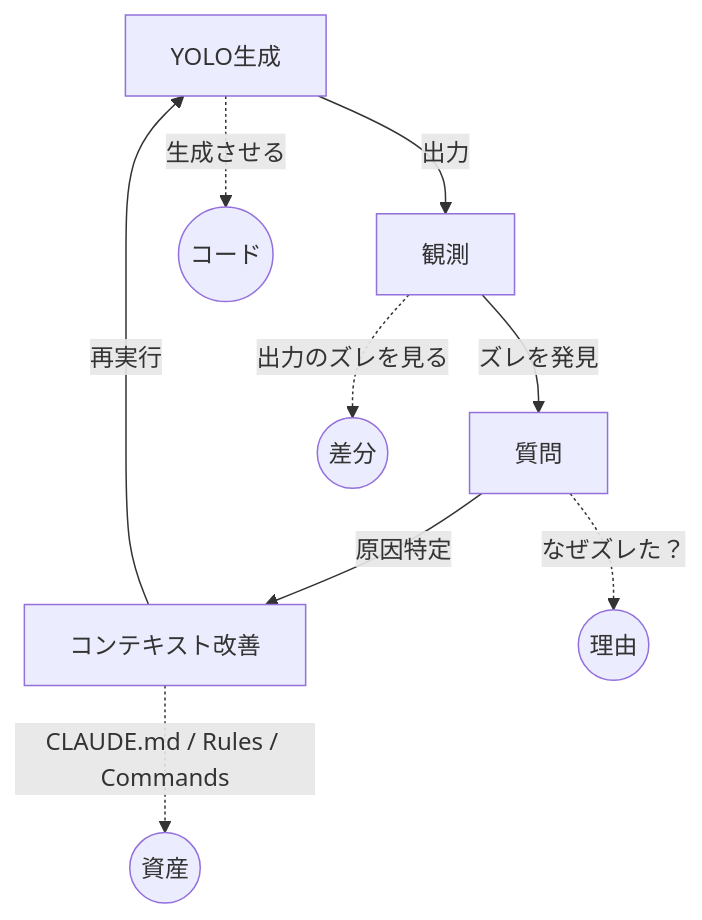
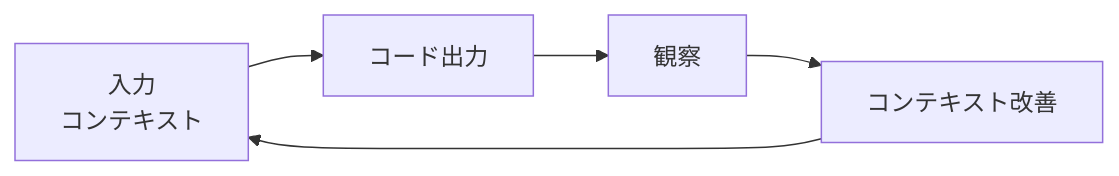
Before and after one commit to yahsan2/zenn: the diagram in articles/claude-code-yolo-no-code.md, drawn with Mermaid. The commit also changed other lines of this file, not shown here.

Commit message:
docs: Mermaid図をシンプルな学習ループに変更
入力→コード出力→観察→コンテキスト改善の循環を明確化

🤖 Generated with [Claude Code](https://claude.com/claude-code)

````diff
--- a/articles/claude-code-yolo-no-code.md
+++ b/articles/claude-code-yolo-no-code.md
@@ -196,12 +196,7 @@
 ```mermaid
-graph TD
-    A[YOLO生成] -->|出力| B[観測]
-    B -->|ズレを発見| C[質問]
-    C -->|原因特定| D[コンテキスト改善]
-    D -->|再実行| A
-
-    A -.->|生成させる| A1((コード))
-    B -.->|出力のズレを見る| B1((差分))
-    C -.->|なぜズレた？| C1((理由))
-    D -.->|CLAUDE.md / Rules / Commands| D1((資産))
+graph LR
+    A[入力<br/>コンテキスト] --> B[コード出力]
+    B --> C[観察]
+    C --> D[コンテキスト改善]
+    D --> A
 ```
````
